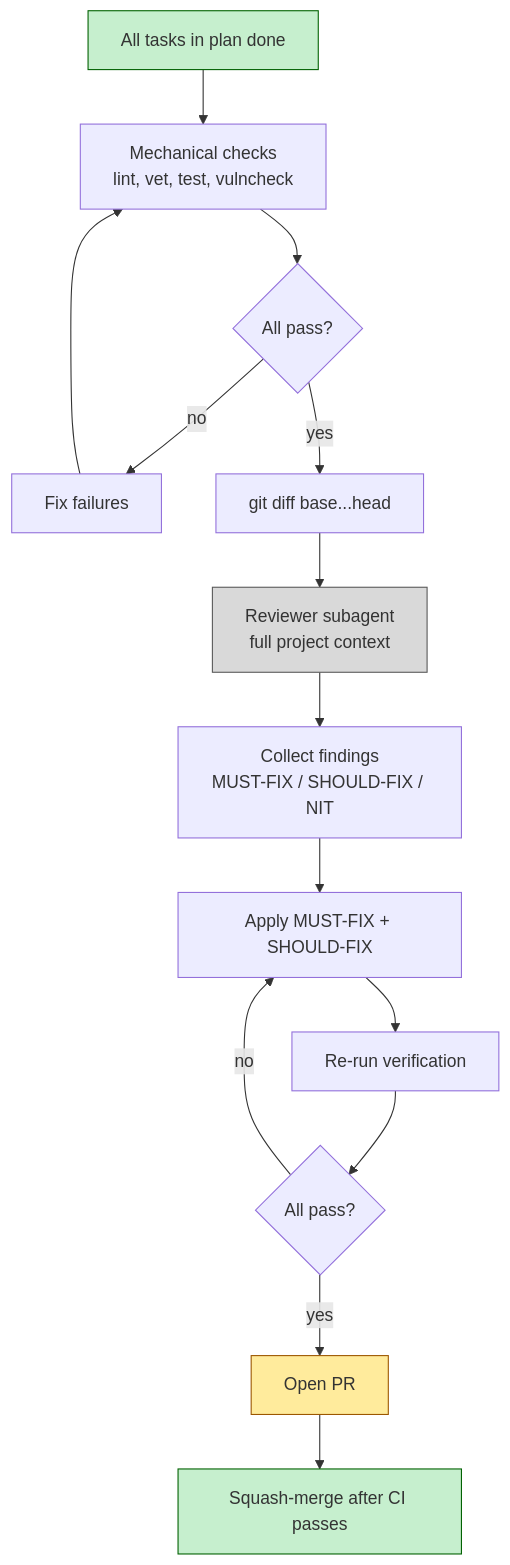
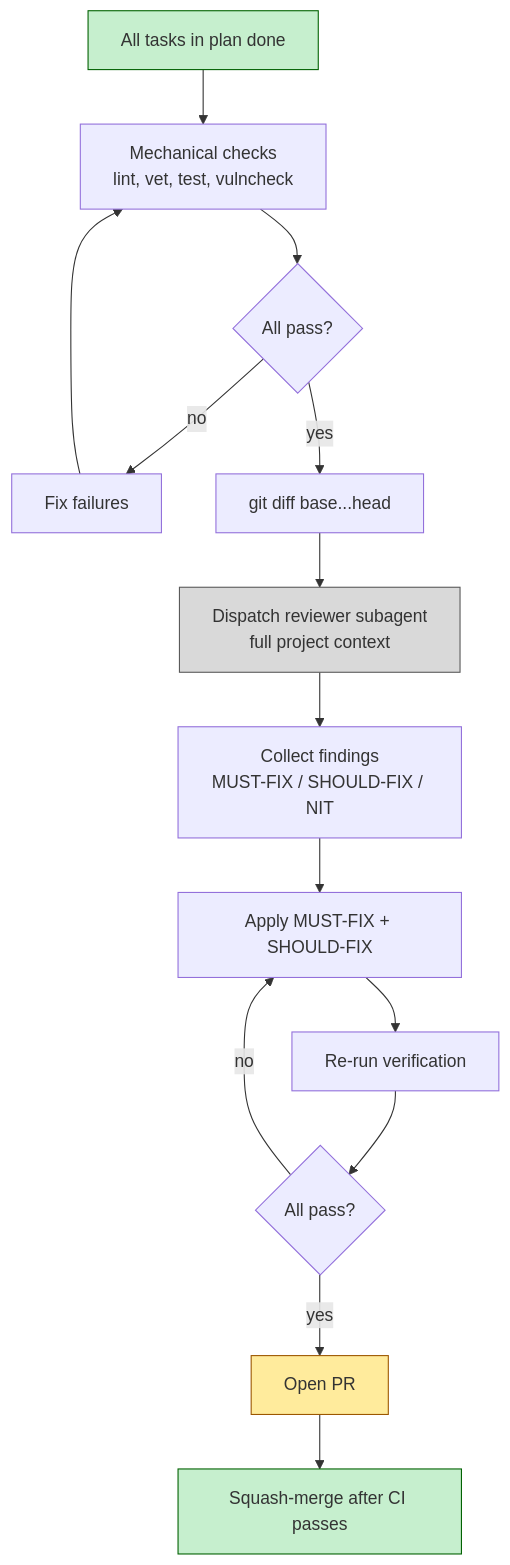
One commit to bperin/project-context changed the fifth of 5 diagrams in src/workflows/overview.md. Above: the diagram before and after it, drawn with Mermaid. The commit also changed other lines of this file and 67 other files, not shown here.

````diff
--- a/src/workflows/overview.md
+++ b/src/workflows/overview.md
@@ -93,21 +113,21 @@
 ```mermaid
 flowchart TD
     START["All tasks in plan done"] --> MECH["Mechanical checks<br/>lint, vet, test, vulncheck"]
     MECH --> CHK{"All pass?"}
     CHK -->|no| FIX["Fix failures"]
     FIX --> MECH
     CHK -->|yes| DIFF["git diff base...head"]
-    DIFF --> AGENT["Reviewer subagent<br/>full project context"]
+    DIFF --> AGENT["Dispatch reviewer subagent<br/>full project context"]
     AGENT --> FIND["Collect findings<br/>MUST-FIX / SHOULD-FIX / NIT"]
     FIND --> APPLY["Apply MUST-FIX + SHOULD-FIX"]
     APPLY --> REV["Re-run verification"]
     REV --> RC{"All pass?"}
     RC -->|no| APPLY
     RC -->|yes| OPENPR["Open PR"]
     OPENPR --> MERGE["Squash-merge after CI passes"]
 
     style START fill:#C6EFCE,stroke:#006100
     style AGENT fill:#D9D9D9,stroke:#595959
     style MERGE fill:#C6EFCE,stroke:#006100
     style OPENPR fill:#FFEB9C,stroke:#9C5700
 ```
````
